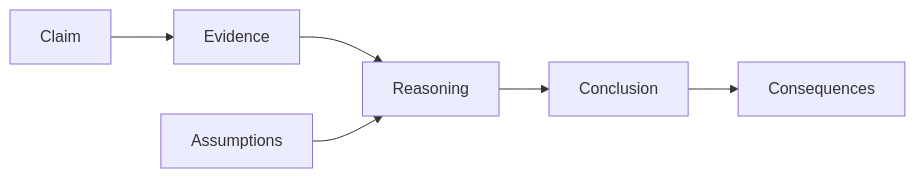
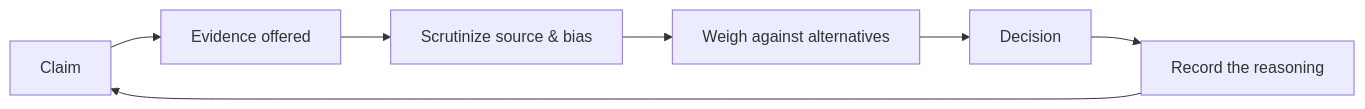
One commit to flynn3103/engineer-knowledge changed the second of 2 diagrams in craftsmanship/engineering-thinking/04-critical-thinking/README.md. Above: the diagram before and after it, drawn with Mermaid. The commit also changed other lines of this file and 41 other files, not shown here.

````diff
--- a/craftsmanship/engineering-thinking/04-critical-thinking/README.md
+++ b/craftsmanship/engineering-thinking/04-critical-thinking/README.md
@@ -12,8 +12,9 @@
 ```mermaid
 flowchart LR
-    Claim --> Evidence
-    Evidence --> Reasoning
-    Assumptions --> Reasoning
-    Reasoning --> Conclusion
-    Conclusion --> Consequences
+    Claim --> Evidence[Evidence offered]
+    Evidence --> Scrutiny[Scrutinize source & bias]
+    Scrutiny --> Compare[Weigh against alternatives]
+    Compare --> Decision
+    Decision --> Record[Record the reasoning]
+    Record --> Claim
 ```
````
